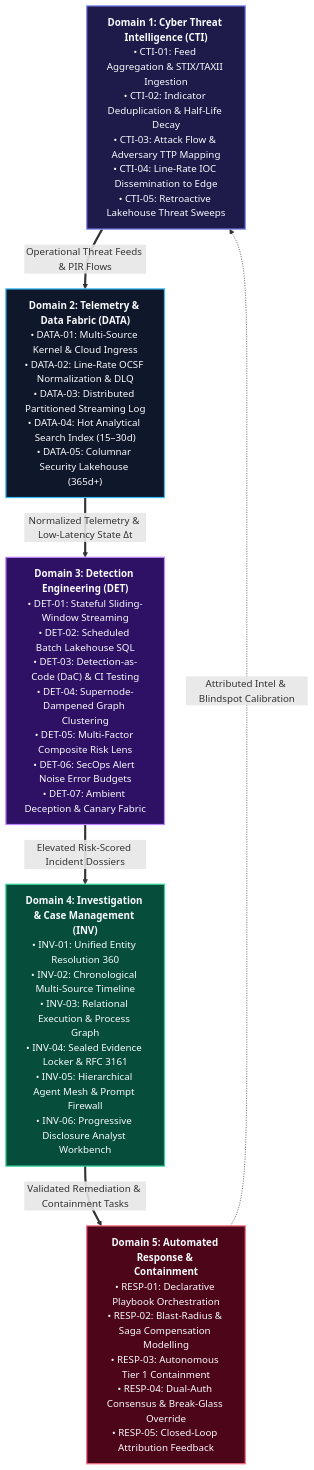
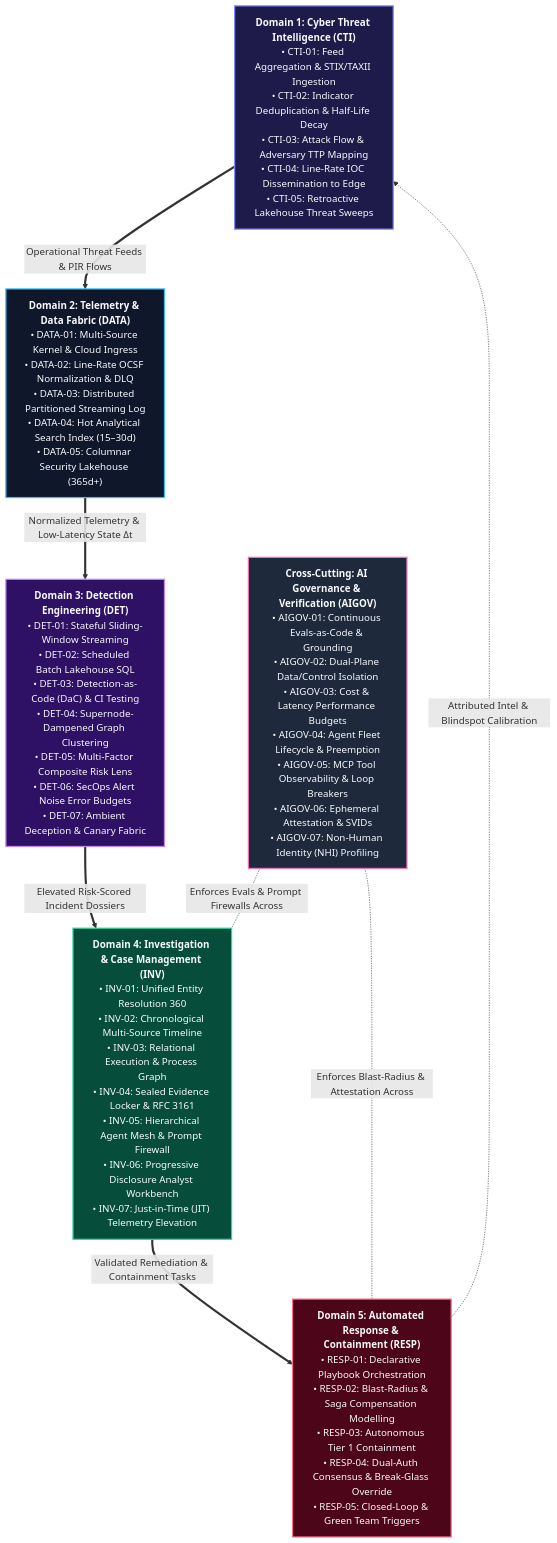
The diagram in docs/architecture/02-capability-model.md (Haribu/TIDIR), drawn with Mermaid before and after one commit. The commit also changed other lines of this file and 20 other files, not shown here.

Commit message:
feat(architecture): launch readiness polish, ADR registry, and Green Team prevention loop

````diff
--- a/docs/architecture/02-capability-model.md
+++ b/docs/architecture/02-capability-model.md
@@ -11,25 +11,30 @@
 ```mermaid
 flowchart TB
   %% Class Definitions for High Contrast & Visual Clarity
   classDef cti fill:#1e1b4b,stroke:#818cf8,stroke-width:2px,color:#f8fafc;
   classDef data fill:#0f172a,stroke:#38bdf8,stroke-width:2px,color:#f8fafc;
   classDef det fill:#2e1065,stroke:#c084fc,stroke-width:2px,color:#f8fafc;
   classDef inv fill:#064e3b,stroke:#34d399,stroke-width:2px,color:#f8fafc;
   classDef resp fill:#4c0519,stroke:#fb7185,stroke-width:2px,color:#f8fafc;
+  classDef aigov fill:#1e293b,stroke:#f472b6,stroke-width:2px,color:#f8fafc;
 
   D1["<b>Domain 1: Cyber Threat Intelligence (CTI)</b><br/>• CTI-01: Feed Aggregation & STIX/TAXII Ingestion<br/>• CTI-02: Indicator Deduplication & Half-Life Decay<br/>• CTI-03: Attack Flow & Adversary TTP Mapping<br/>• CTI-04: Line-Rate IOC Dissemination to Edge<br/>• CTI-05: Retroactive Lakehouse Threat Sweeps"]:::cti
 
   D2["<b>Domain 2: Telemetry & Data Fabric (DATA)</b><br/>• DATA-01: Multi-Source Kernel & Cloud Ingress<br/>• DATA-02: Line-Rate OCSF Normalization & DLQ<br/>• DATA-03: Distributed Partitioned Streaming Log<br/>• DATA-04: Hot Analytical Search Index (15–30d)<br/>• DATA-05: Columnar Security Lakehouse (365d+)"]:::data
 
   D3["<b>Domain 3: Detection Engineering (DET)</b><br/>• DET-01: Stateful Sliding-Window Streaming<br/>• DET-02: Scheduled Batch Lakehouse SQL<br/>• DET-03: Detection-as-Code (DaC) & CI Testing<br/>• DET-04: Supernode-Dampened Graph Clustering<br/>• DET-05: Multi-Factor Composite Risk Lens<br/>• DET-06: SecOps Alert Noise Error Budgets<br/>• DET-07: Ambient Deception & Canary Fabric"]:::det
 
-  D4["<b>Domain 4: Investigation & Case Management (INV)</b><br/>• INV-01: Unified Entity Resolution 360<br/>• INV-02: Chronological Multi-Source Timeline<br/>• INV-03: Relational Execution & Process Graph<br/>• INV-04: Sealed Evidence Locker & RFC 3161<br/>• INV-05: Hierarchical Agent Mesh & Prompt Firewall<br/>• INV-06: Progressive Disclosure Analyst Workbench"]:::inv
+  D4["<b>Domain 4: Investigation & Case Management (INV)</b><br/>• INV-01: Unified Entity Resolution 360<br/>• INV-02: Chronological Multi-Source Timeline<br/>• INV-03: Relational Execution & Process Graph<br/>• INV-04: Sealed Evidence Locker & RFC 3161<br/>• INV-05: Hierarchical Agent Mesh & Prompt Firewall<br/>• INV-06: Progressive Disclosure Analyst Workbench<br/>• INV-07: Just-in-Time (JIT) Telemetry Elevation"]:::inv
 
-  D5["<b>Domain 5: Automated Response & Containment</b><br/>• RESP-01: Declarative Playbook Orchestration<br/>• RESP-02: Blast-Radius & Saga Compensation Modelling<br/>• RESP-03: Autonomous Tier 1 Containment<br/>• RESP-04: Dual-Auth Consensus & Break-Glass Override<br/>• RESP-05: Closed-Loop Attribution Feedback"]:::resp
+  D5["<b>Domain 5: Automated Response & Containment (RESP)</b><br/>• RESP-01: Declarative Playbook Orchestration<br/>• RESP-02: Blast-Radius & Saga Compensation Modelling<br/>• RESP-03: Autonomous Tier 1 Containment<br/>• RESP-04: Dual-Auth Consensus & Break-Glass Override<br/>• RESP-05: Closed-Loop & Green Team Triggers"]:::resp
+
+  GOV["<b>Cross-Cutting: AI Governance & Verification (AIGOV)</b><br/>• AIGOV-01: Continuous Evals-as-Code & Grounding<br/>• AIGOV-02: Dual-Plane Data/Control Isolation<br/>• AIGOV-03: Cost & Latency Performance Budgets<br/>• AIGOV-04: Agent Fleet Lifecycle & Preemption<br/>• AIGOV-05: MCP Tool Observability & Loop Breakers<br/>• AIGOV-06: Ephemeral Attestation & SVIDs<br/>• AIGOV-07: Non-Human Identity (NHI) Profiling"]:::aigov
 
   D1 ==>|Operational Threat Feeds & PIR Flows| D2
   D2 ==>|Normalized Telemetry & Low-Latency State Δt| D3
   D3 ==>|Elevated Risk-Scored Incident Dossiers| D4
   D4 ==>|Validated Remediation & Containment Tasks| D5
   D5 -.->|Attributed Intel & Blindspot Calibration| D1
+  GOV -.-|Enforces Evals & Prompt Firewalls Across| D4
+  GOV -.-|Enforces Blast-Radius & Attestation Across| D5
 ```
````
